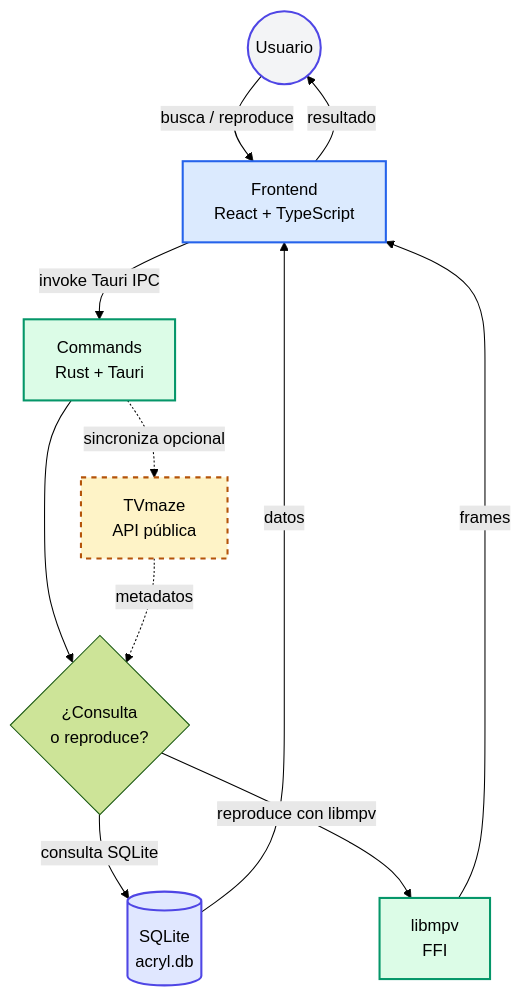
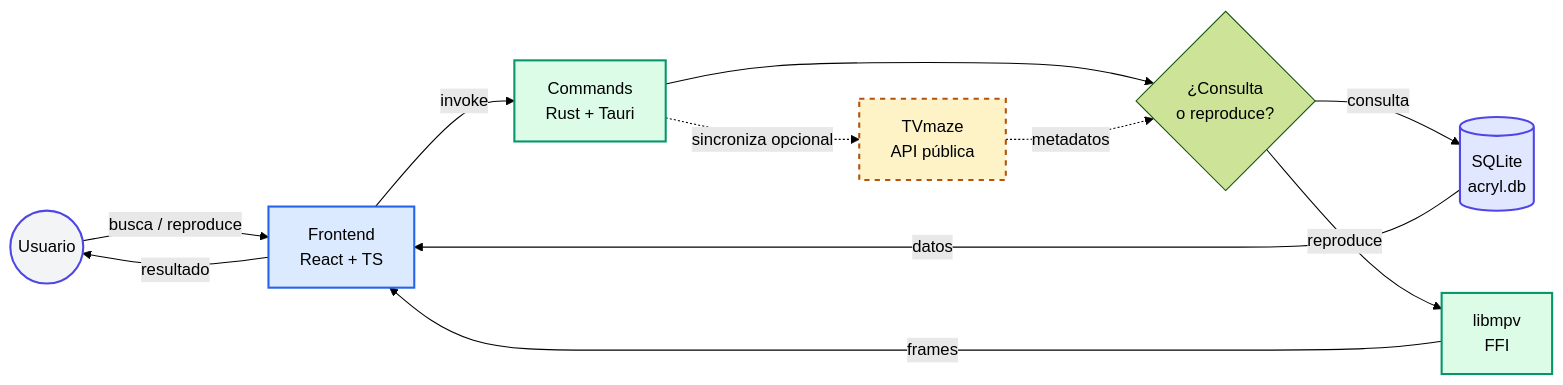
One commit to Angel-p-v/Acryl changed the diagram in README.md. Above: the diagram before and after it, drawn with Mermaid (forest theme).

Commit message:
feat(readme): diagrama Mermaid más compacto horizontalmente
Cambia el diagrama de arquitectura de graph TD (top-down) a graph LR
(left-right) para que se extienda horizontalmente y ocupe menos espacio
vertical en el README.

````diff
--- a/README.md
+++ b/README.md
@@ -60,26 +60,26 @@
 ```mermaid
-graph TD
-    Usuario((Usuario)) -->|busca / reproduce| Frontend[Frontend<br/>React + TypeScript]
-    Frontend -->|invoke Tauri IPC| Commands[Commands<br/>Rust + Tauri]
+graph LR
+    Usuario((Usuario)) -->|busca / reproduce| Frontend[Frontend<br/>React + TS]
+    Frontend -->|invoke| Commands[Commands<br/>Rust + Tauri]
     Commands --> Decision{¿Consulta<br/>o reproduce?}
-    Decision -->|consulta SQLite| SQLite[(SQLite<br/>acryl.db)]
-    Decision -->|reproduce con libmpv| MPV[libmpv<br/>FFI]
+    Decision -->|consulta| SQLite[(SQLite<br/>acryl.db)]
+    Decision -->|reproduce| MPV[libmpv<br/>FFI]
     SQLite -->|datos| Frontend
     MPV -->|frames| Frontend
     Commands -.->|sincroniza opcional| TVmaze[TVmaze<br/>API pública]
     TVmaze -.->|metadatos| Decision
     Frontend -->|resultado| Usuario
 
     classDef usuario fill:#f3f4f6,stroke:#4f46e5,stroke-width:2px
     classDef frontend fill:#dbeafe,stroke:#2563eb,stroke-width:2px
     classDef backend fill:#dcfce7,stroke:#059669,stroke-width:2px
     classDef db fill:#e0e7ff,stroke:#4f46e5,stroke-width:2px
     classDef ext fill:#fef3c7,stroke:#b45309,stroke-width:2px,stroke-dasharray: 5 5
 
     class Usuario usuario
     class Frontend frontend
     class Commands backend
     class SQLite db
     class MPV backend
     class TVmaze ext
 ```
````
